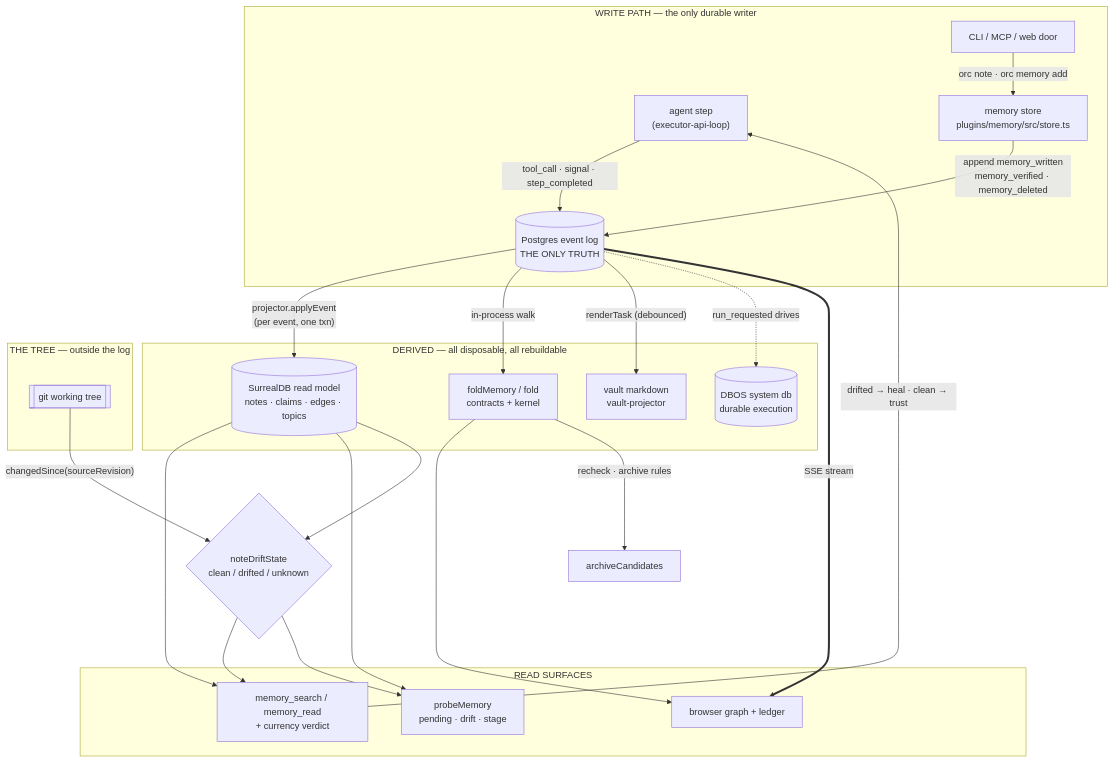
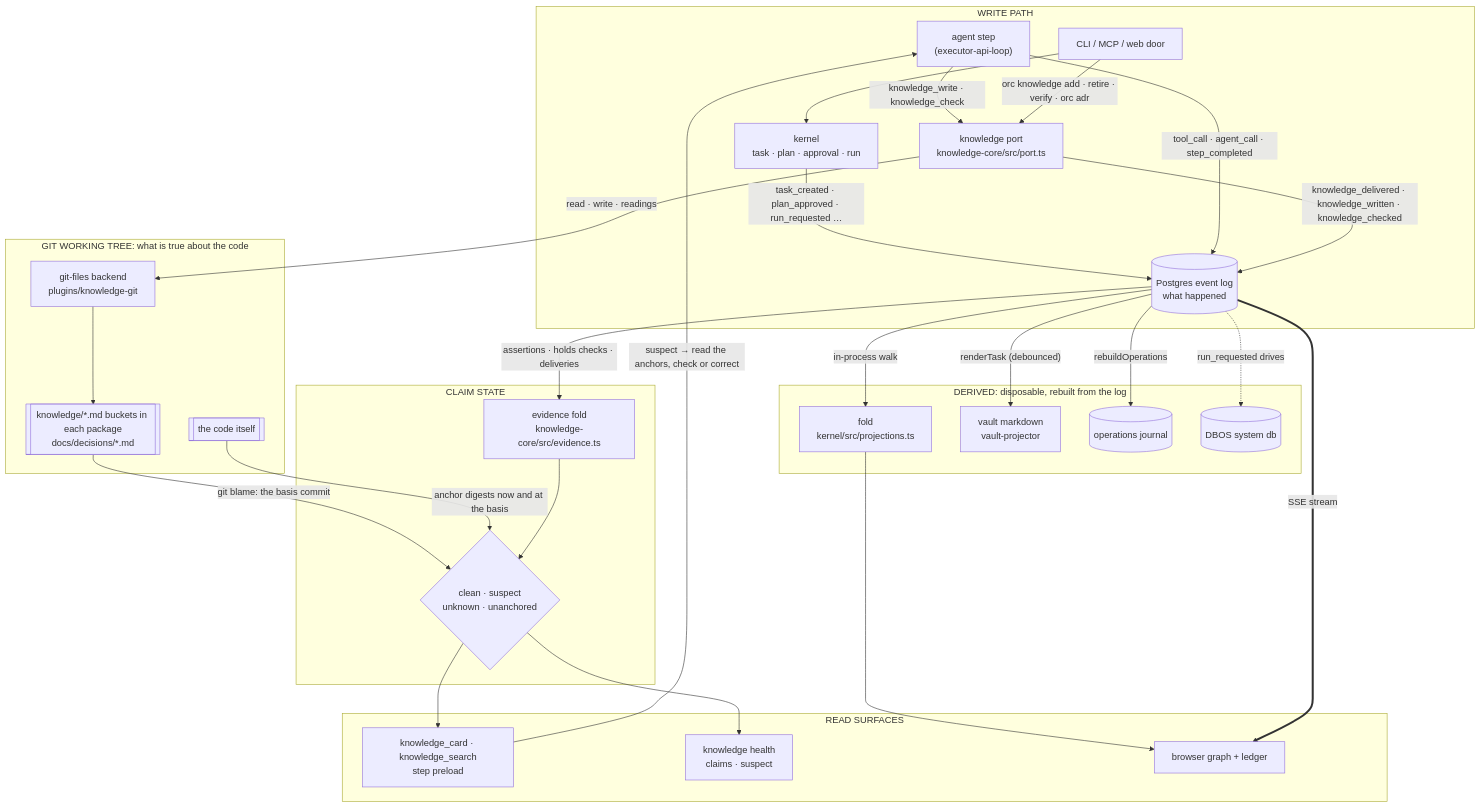
Before and after one commit to fetttttjoe/ORC: the first of 7 diagrams in docs/ARCHITECTURE.md, drawn with Mermaid. The commit also changed other lines of this file and 513 other files, not shown here.

First line of the commit message:
refactor: comments say only what the code cannot, the memory names go, and the docs describe the system

````diff
--- a/docs/ARCHITECTURE.md
+++ b/docs/ARCHITECTURE.md
@@ -13,46 +15,55 @@
 ```mermaid
 flowchart TB
-  subgraph write["WRITE PATH — the only durable writer"]
+  subgraph write["WRITE PATH"]
     agent["agent step<br/>(executor-api-loop)"]
-    cli["CLI / MCP / web door"]
-    store["memory store<br/>plugins/memory/src/store.ts"]
-    log[("Postgres event log<br/>THE ONLY TRUTH")]
-    cli -->|"orc note · orc memory add"| store
-    store -->|"append memory_written<br/>memory_verified · memory_deleted"| log
-    agent -->|"tool_call · signal · step_completed"| log
+    door["CLI / MCP / web door"]
+    kernel["kernel<br/>task · plan · approval · run"]
+    port["knowledge port<br/>knowledge-core/src/port.ts"]
+    log[("Postgres event log<br/>what happened")]
+    door --> kernel
+    kernel -->|"task_created · plan_approved · run_requested …"| log
+    agent -->|"tool_call · agent_call · step_completed"| log
+    agent -->|"knowledge_write · knowledge_check"| port
+    door -->|"orc knowledge add · retire · verify · orc adr"| port
+    port -->|"knowledge_delivered · knowledge_written · knowledge_checked"| log
   end
 
-  subgraph derive["DERIVED — all disposable, all rebuildable"]
-    surreal[("SurrealDB read model<br/>notes · claims · edges · topics")]
-    fold["foldMemory / fold<br/>contracts + kernel"]
+  subgraph tree["GIT WORKING TREE: what is true about the code"]
+    backend["git-files backend<br/>plugins/knowledge-git"]
+    files[["knowledge/*.md buckets in each package<br/>docs/decisions/*.md"]]
+    code[["the code itself"]]
+    backend --> files
+  end
+  port -->|"read · write · readings"| backend
+
+  subgraph derive["DERIVED: disposable, rebuilt from the log"]
+    fold["fold<br/>kernel/src/projections.ts"]
     vault["vault markdown<br/>vault-projector"]
-    dbos[("DBOS system db<br/>durable execution")]
+    journal[("operations journal")]
+    dbos[("DBOS system db")]
   end
-
-  log -->|"projector.applyEvent<br/>(per event, one txn)"| surreal
   log -->|"in-process walk"| fold
   log -->|"renderTask (debounced)"| vault
+  log -->|"rebuildOperations"| journal
   log -.->|"run_requested drives"| dbos
 
+  subgraph judge["CLAIM STATE"]
+    evidence["evidence fold<br/>knowledge-core/src/evidence.ts"]
+    state{"clean · suspect<br/>unknown · unanchored"}
+  end
+  log -->|"assertions · holds checks · deliveries"| evidence
+  files -->|"git blame: the basis commit"| state
+  code -->|"anchor digests now and at the basis"| state
+  evidence --> state
+
   subgraph read["READ SURFACES"]
-    tools["memory_search / memory_read<br/>+ currency verdict"]
-    health["probeMemory<br/>pending · drift · stage"]
+    tools["knowledge_card · knowledge_search<br/>step preload"]
+    health["knowledge health<br/>claims · suspect"]
     graphui["browser graph + ledger"]
   end
-
-  surreal --> tools
-  surreal --> health
+  state --> tools
+  state --> health
   fold --> graphui
-  fold -->|"recheck · archive rules"| arch["archiveCandidates"]
   log ==>|"SSE stream"| graphui
-
-  subgraph tree["THE TREE — outside the log"]
-    git[["git working tree"]]
-  end
-  git -->|"changedSince(sourceRevision)"| drift{"noteDriftState<br/>clean / drifted / unknown"}
-  surreal --> drift
-  drift --> tools
-  drift --> health
-
-  tools -->|"drifted → heal · clean → trust"| agent
+  tools -->|"suspect → read the anchors, check or correct"| agent
 ```
````
